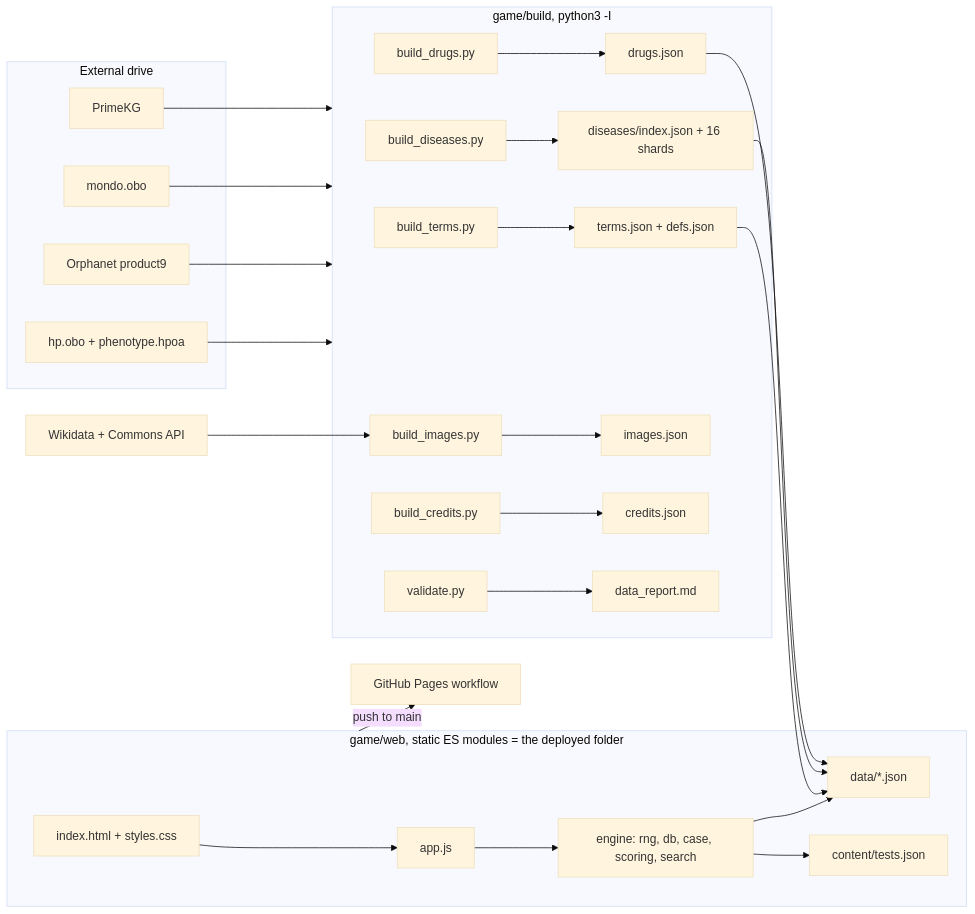
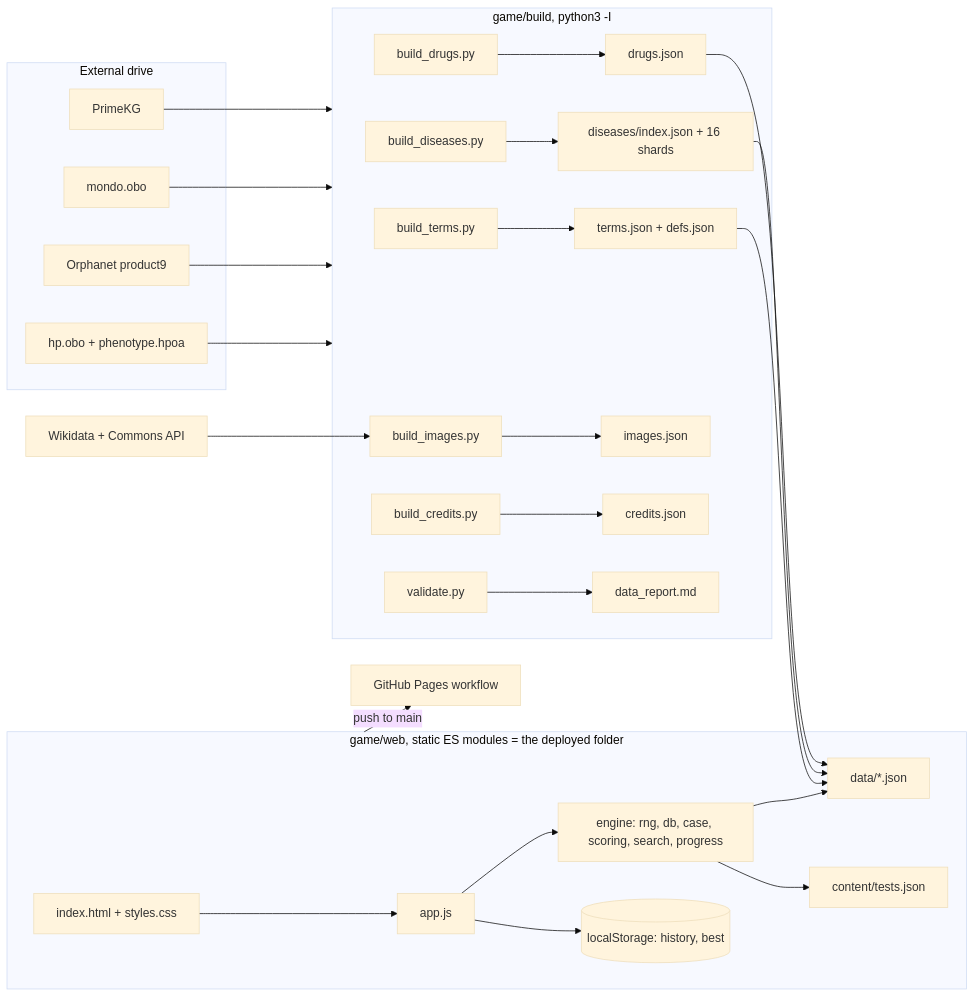
The second of 2 diagrams in ARCHITECTURE.md (pcmoan70/DrDiagno), drawn with Mermaid (base theme) before and after one commit. The commit also changed other lines of this file and 9 other files, not shown here.

First line of the commit message:
Progress tracking in local storage with a "Your progress" page

````diff
--- a/ARCHITECTURE.md
+++ b/ARCHITECTURE.md
@@ -58,27 +58,28 @@
 ```mermaid
 flowchart LR
   subgraph drive[External drive]
     HPO[hp.obo + phenotype.hpoa]
     ORPHA[Orphanet product9]
     MONDO[mondo.obo]
     PKG[PrimeKG]
   end
   subgraph build[game/build, python3 -I]
     BT[build_terms.py] --> TJ[terms.json + defs.json]
     BD[build_diseases.py] --> DJ[diseases/index.json + 16 shards]
     BR[build_drugs.py] --> RJ[drugs.json]
     BI[build_images.py] --> IJ[images.json]
     BC[build_credits.py] --> CJ[credits.json]
     V[validate.py] --> REP[data_report.md]
   end
   subgraph web[game/web, static ES modules = the deployed folder]
     IDX[index.html + styles.css] --> APP[app.js]
-    APP --> ENG[engine: rng, db, case, scoring, search]
+    APP --> ENG[engine: rng, db, case, scoring, search, progress]
+    APP --> LS[(localStorage: history, best)]
     ENG --> DATA[data/*.json]
     ENG --> TESTS[content/tests.json]
   end
   WD[Wikidata + Commons API] --> BI
   HPO & ORPHA & MONDO & PKG --> build
   TJ & DJ & RJ --> DATA
   web -->|push to main| GH[GitHub Pages workflow]
 ```
````
